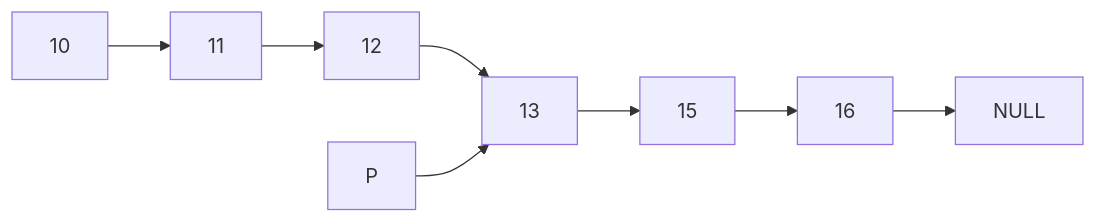
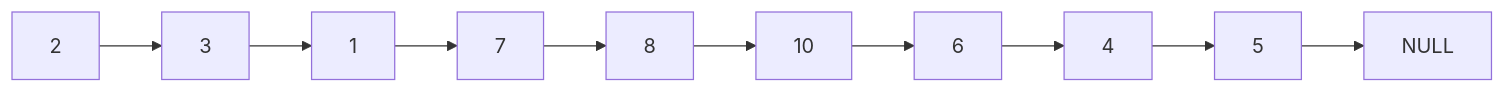
One commit to nnminh-haise/Notebook changed the first of 3 diagrams in knowledge/data-structures-and-algorithms/linked-list/linked-list.md. Above: the diagram before and after it, drawn with Mermaid. The commit also changed other lines of this file and 1 other file, not shown here.

````diff
--- a/knowledge/data-structures-and-algorithms/linked-list/linked-list.md
+++ b/knowledge/data-structures-and-algorithms/linked-list/linked-list.md
@@ -349,7 +56,6 @@
 ```mermaid
 flowchart LR
 
-A[10] --> B[11] --> C[12] --> D[13] --> E[15] --> F[16] --> G[NULL]
+0[2] --> 1[3] --> 2[1] --> 3[7] --> 4[8] --> 5[10] --> 6[6] --> 7[4] --> 8[5] --> NULL
 
-P[P] --> D
 ```
````
